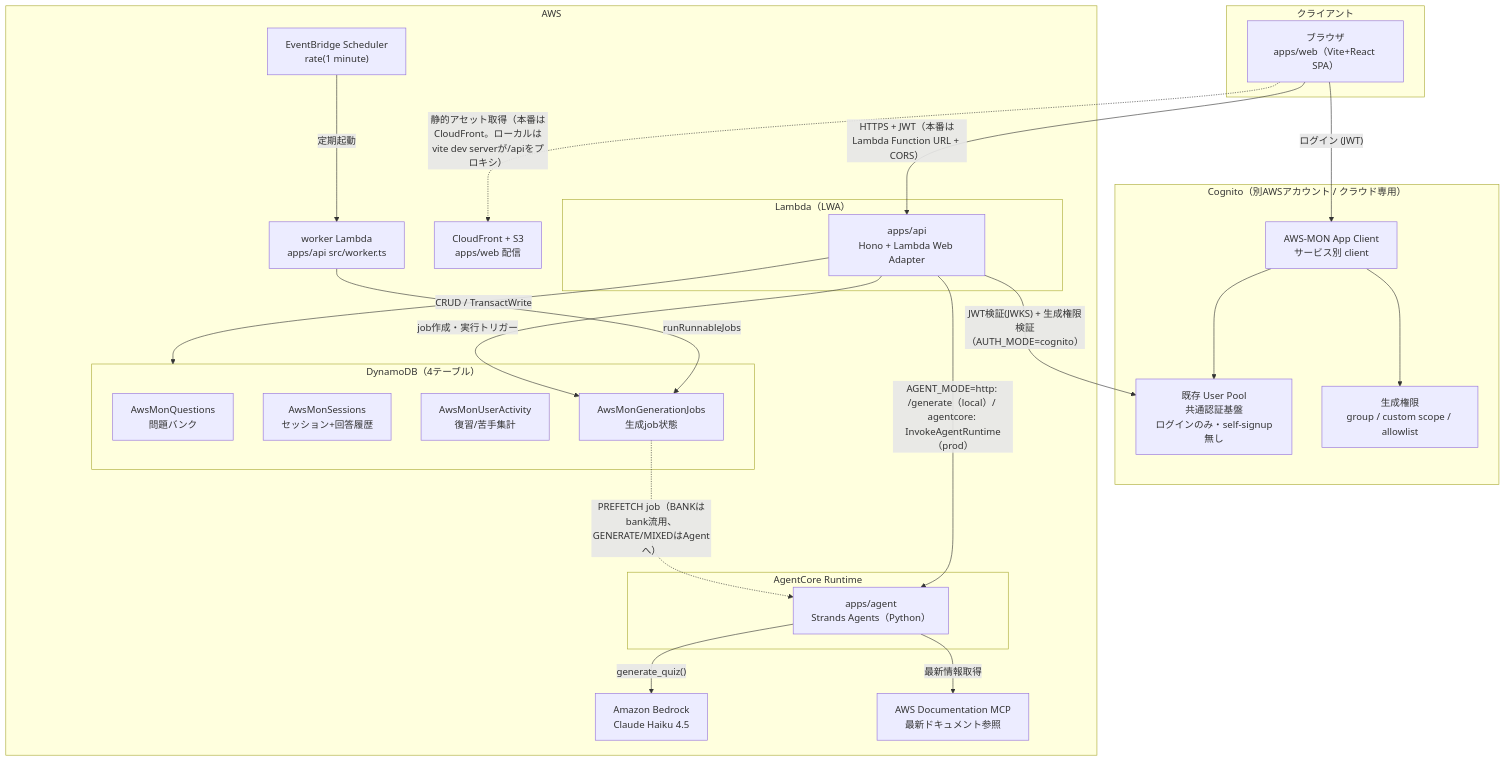
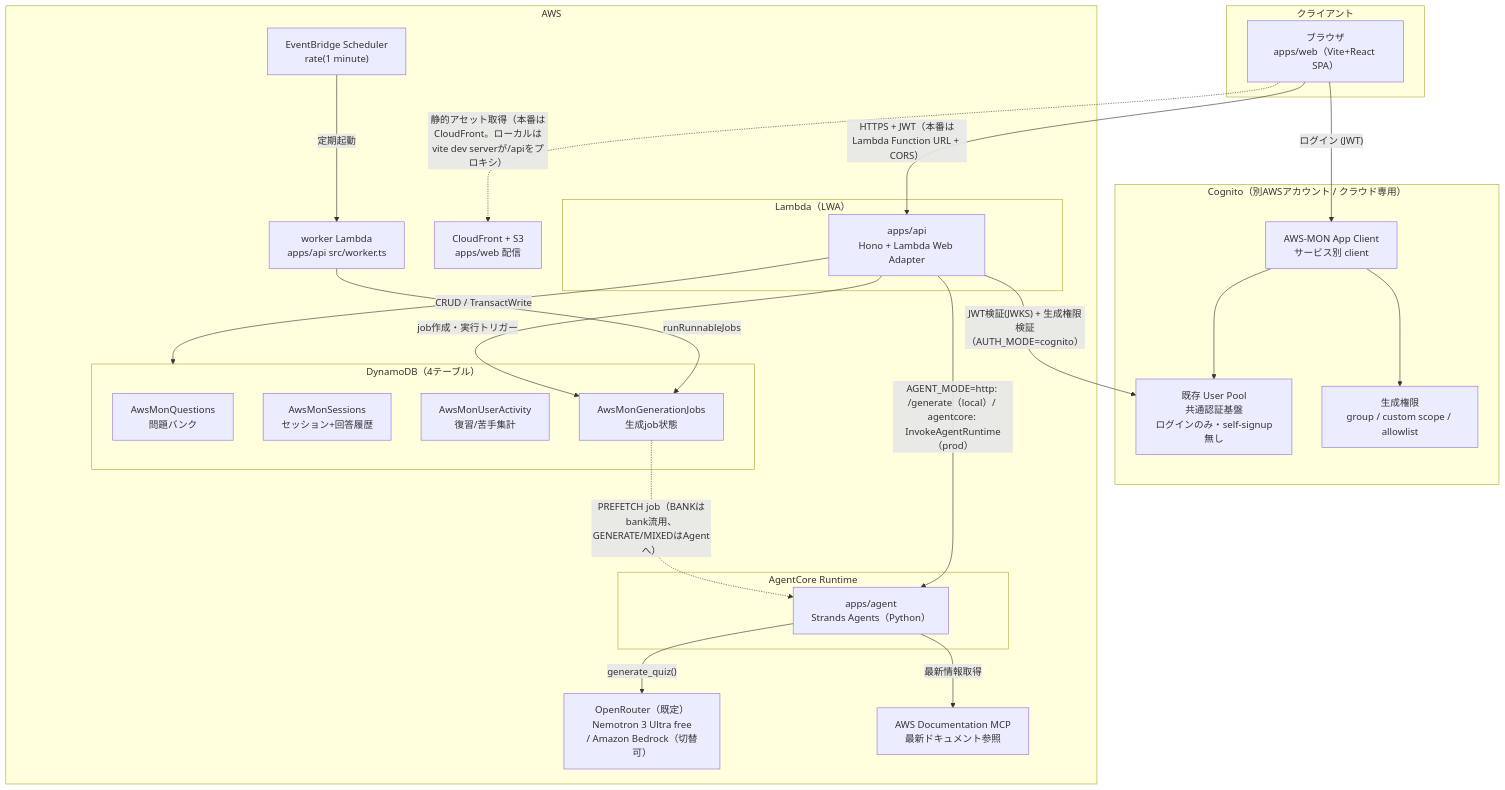
The first of 4 diagrams in docs/architecture.md (yuyumama/AWS-MON), drawn with Mermaid before and after one commit. The commit also changed other lines of this file and 12 other files, not shown here.

````diff
--- a/docs/architecture.md
+++ b/docs/architecture.md
@@ -9,54 +9,54 @@
 ```mermaid
 flowchart TB
     subgraph Client["クライアント"]
         Browser["ブラウザ<br/>apps/web（Vite+React SPA）"]
     end
 
     subgraph Cognito["Cognito（別AWSアカウント / クラウド専用）"]
         UserPool["既存 User Pool<br/>共通認証基盤<br/>ログインのみ・self-signup無し"]
         AppClient["AWS-MON App Client<br/>サービス別 client"]
         Scopes["生成権限<br/>group / custom scope / allowlist"]
     end
 
     subgraph AWS["AWS"]
         subgraph LambdaAPI["Lambda（LWA）"]
             API["apps/api<br/>Hono + Lambda Web Adapter"]
         end
 
         subgraph AgentCoreRuntime["AgentCore Runtime"]
             Agent["apps/agent<br/>Strands Agents（Python）"]
         end
 
-        Bedrock["Amazon Bedrock<br/>Claude Haiku 4.5"]
+        LLM["OpenRouter（既定）<br/>Nemotron 3 Ultra free<br/>/ Amazon Bedrock（切替可）"]
         MCP["AWS Documentation MCP<br/>最新ドキュメント参照"]
 
         subgraph DDB["DynamoDB（4テーブル）"]
             TQuestions["AwsMonQuestions<br/>問題バンク"]
             TSessions["AwsMonSessions<br/>セッション+回答履歴"]
             TActivity["AwsMonUserActivity<br/>復習/苦手集計"]
             TJobs["AwsMonGenerationJobs<br/>生成job状態"]
         end
 
         CFS3["CloudFront + S3<br/>apps/web 配信"]
         Scheduler["EventBridge Scheduler<br/>rate(1 minute)"]
         Worker["worker Lambda<br/>apps/api src/worker.ts"]
     end
 
     Browser -- "ログイン (JWT)" --> AppClient
     AppClient --> UserPool
     AppClient --> Scopes
     Browser -- "HTTPS + JWT（本番はLambda Function URL + CORS）" --> API
     Browser -. "静的アセット取得（本番はCloudFront。ローカルはvite dev serverが/apiをプロキシ）" .-> CFS3
     Scheduler -- "定期起動" --> Worker
     Worker -- "runRunnableJobs" --> TJobs
 
     API -- "JWT検証(JWKS) + 生成権限検証（AUTH_MODE=cognito）" --> UserPool
     API -- "CRUD / TransactWrite" --> DDB
     API -- "job作成・実行トリガー" --> TJobs
 
-    Agent -- "generate_quiz()" --> Bedrock
+    Agent -- "generate_quiz()" --> LLM
     Agent -- "最新情報取得" --> MCP
     API -- "AGENT_MODE=http: /generate（local）/ agentcore: InvokeAgentRuntime（prod）" --> Agent
 
     TJobs -. "PREFETCH job（BANKはbank流用、GENERATE/MIXEDはAgentへ）" .-> Agent
 ```
````
